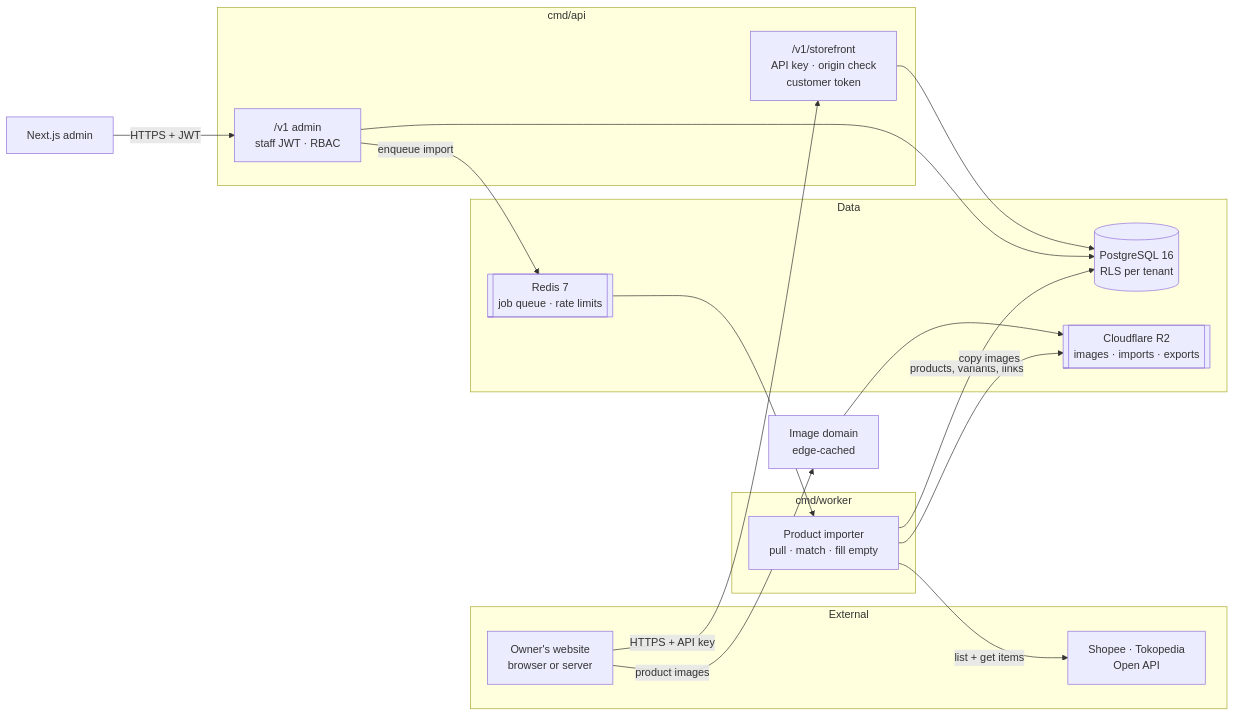
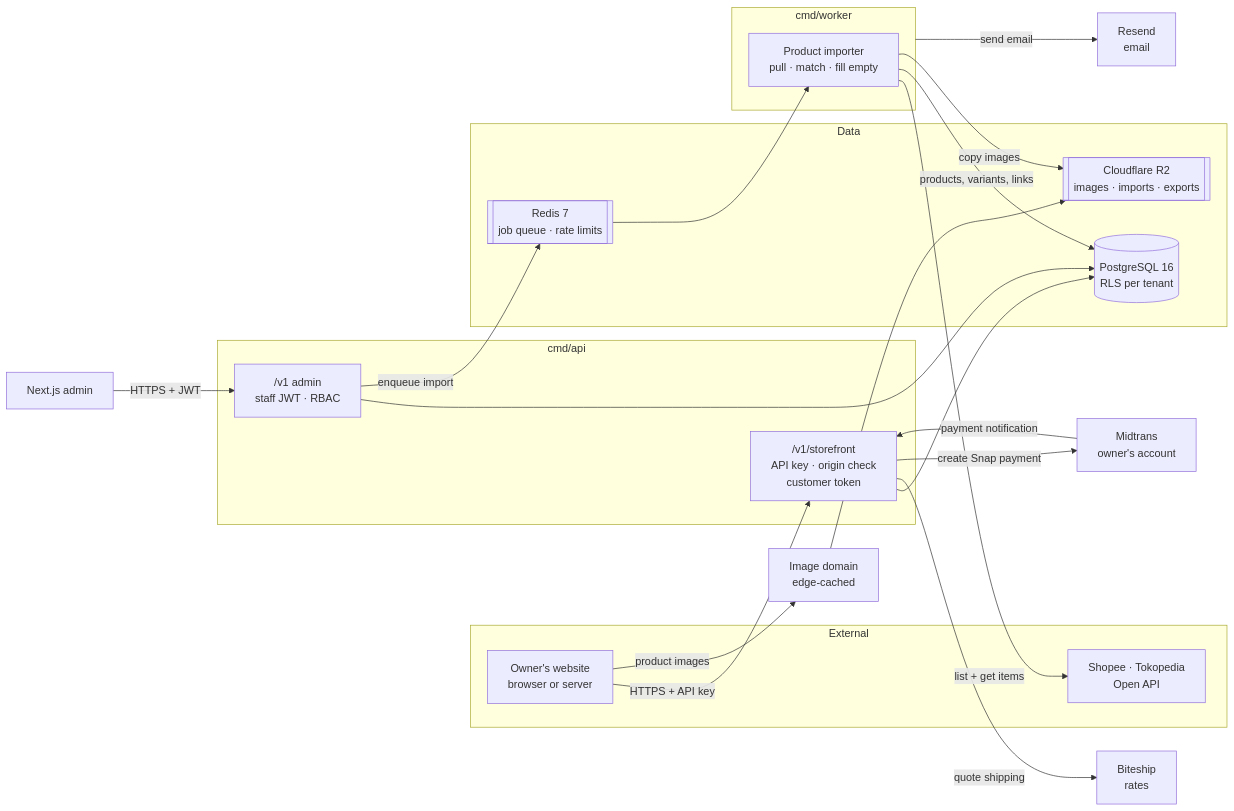
One commit to miqbalhamdani/new-commerce-contracts changed the diagram in 01-product-requirements.md. Above: the diagram before and after it, drawn with Mermaid. The commit also changed other lines of this file and 6 other files, not shown here.

First line of the commit message:
Contracts v2.1: payments, shipping, sign-in and email decided

````diff
--- a/01-product-requirements.md
+++ b/01-product-requirements.md
@@ -147,33 +150,40 @@
 ```mermaid
 flowchart LR
   subgraph EXT["External"]
     WEB["Owner's website<br/>browser or server"]
     MP["Shopee · Tokopedia<br/>Open API"]
   end
   subgraph APIS["cmd/api"]
     SF["/v1/storefront<br/>API key · origin check<br/>customer token"]
     ADM["/v1 admin<br/>staff JWT · RBAC"]
   end
   subgraph DATA["Data"]
     PG[("PostgreSQL 16<br/>RLS per tenant")]
     Q[["Redis 7<br/>job queue · rate limits"]]
     R2[["Cloudflare R2<br/>images · imports · exports"]]
   end
   subgraph WRK["cmd/worker"]
     IMP["Product importer<br/>pull · match · fill empty"]
   end
   UI["Next.js admin"]
   CDN["Image domain<br/>edge-cached"]
+  MT["Midtrans<br/>owner's account"]
+  BS["Biteship<br/>rates"]
+  RS["Resend<br/>email"]
 
   WEB -->|"HTTPS + API key"| SF
   WEB -->|"product images"| CDN
   CDN --> R2
   UI -->|"HTTPS + JWT"| ADM
   SF --> PG
   ADM --> PG
   ADM -->|"enqueue import"| Q
   Q --> IMP
   IMP -->|"list + get items"| MP
   IMP -->|"products, variants, links"| PG
   IMP -->|"copy images"| R2
+  SF -->|"quote shipping"| BS
+  SF -->|"create Snap payment"| MT
+  MT -->|"payment notification"| SF
+  WRK -->|"send email"| RS
 ```
````
